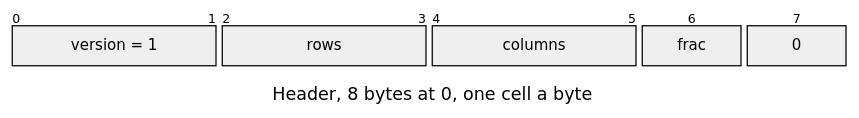
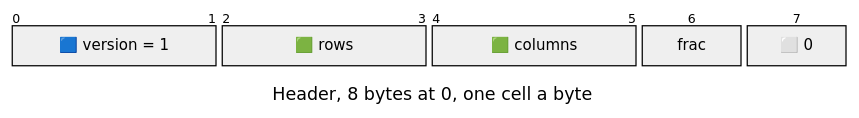
One commit to jose-villegas/autana changed the first of 2 diagrams in docs/assets/formats/TABL.md. Above: the diagram before and after it, drawn with Mermaid. The commit also changed 14 other files, not shown here.

````diff
--- a/docs/assets/formats/TABL.md
+++ b/docs/assets/formats/TABL.md
@@ -5,15 +5,15 @@
 ```mermaid
 ---
 config:
   packet:
     bitsPerRow: 8
     bitWidth: 84
 ---
 packet-beta
 title Header, 8 bytes at 0, one cell a byte
-0-1: "version = 1"
-2-3: "rows"
-4-5: "columns"
+0-1: "🟦 version = 1"
+2-3: "🟩 rows"
+4-5: "🟩 columns"
 6: "frac"
-7: "0"
+7: "⬜ 0"
 ```
````
